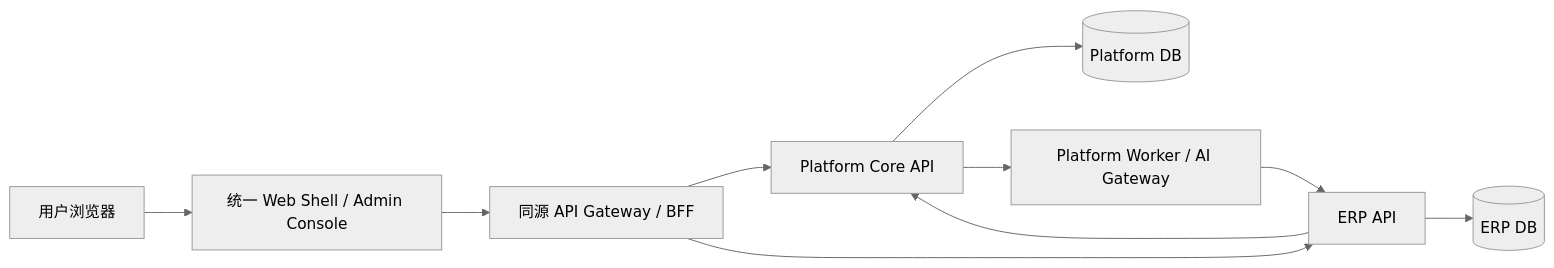
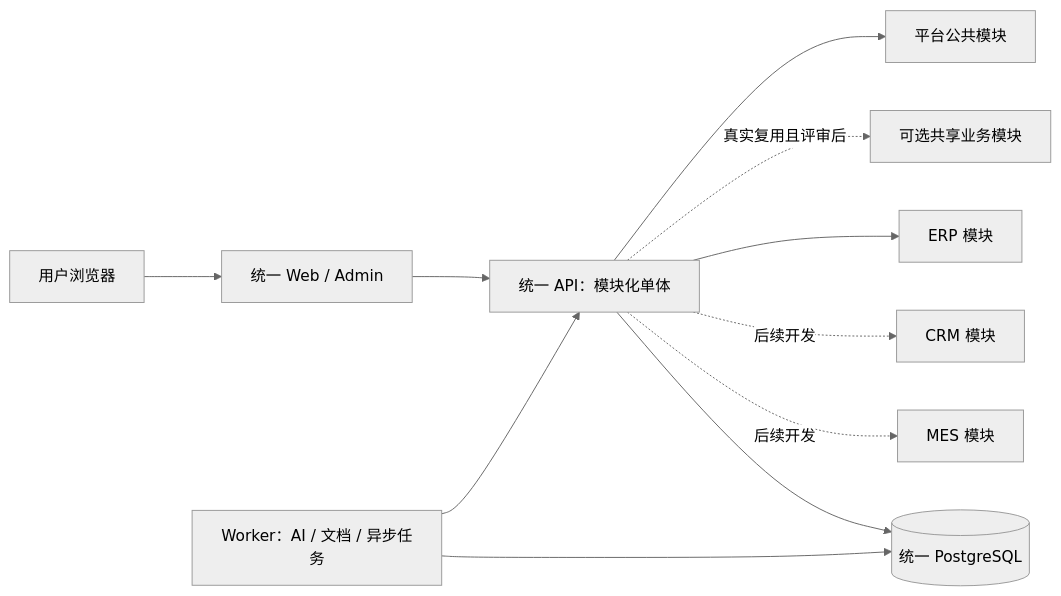
Before and after one commit to geyaovip/enterprise-ai-platform: the diagram in docs/03-架构与数据安全.md, drawn with Mermaid (neutral theme). The commit also changed other lines of this file and 94 other files, not shown here.

Commit message:
Build unified platform and ERP trial baseline

````diff
--- a/docs/03-架构与数据安全.md
+++ b/docs/03-架构与数据安全.md
@@ -13,12 +13,13 @@
 ```mermaid
 flowchart LR
-    U[用户浏览器] --> W[统一 Web Shell / Admin Console]
-    W --> G[同源 API Gateway / BFF]
-    G --> P[Platform Core API]
-    G --> E[ERP API]
-    P --> PD[(Platform DB)]
-    E --> ED[(ERP DB)]
-    P --> PW[Platform Worker / AI Gateway]
-    PW --> E
-    E --> P
+    U[用户浏览器] --> W[统一 Web / Admin]
+    W --> API[统一 API：模块化单体]
+    API --> P[平台公共模块]
+    API -. 真实复用且评审后 .-> S[可选共享业务模块]
+    API --> E[ERP 模块]
+    API -. 后续开发 .-> C[CRM 模块]
+    API -. 后续开发 .-> M[MES 模块]
+    API --> DB[(统一 PostgreSQL)]
+    WK[Worker：AI / 文档 / 异步任务] --> DB
+    WK --> API
 ```
````
